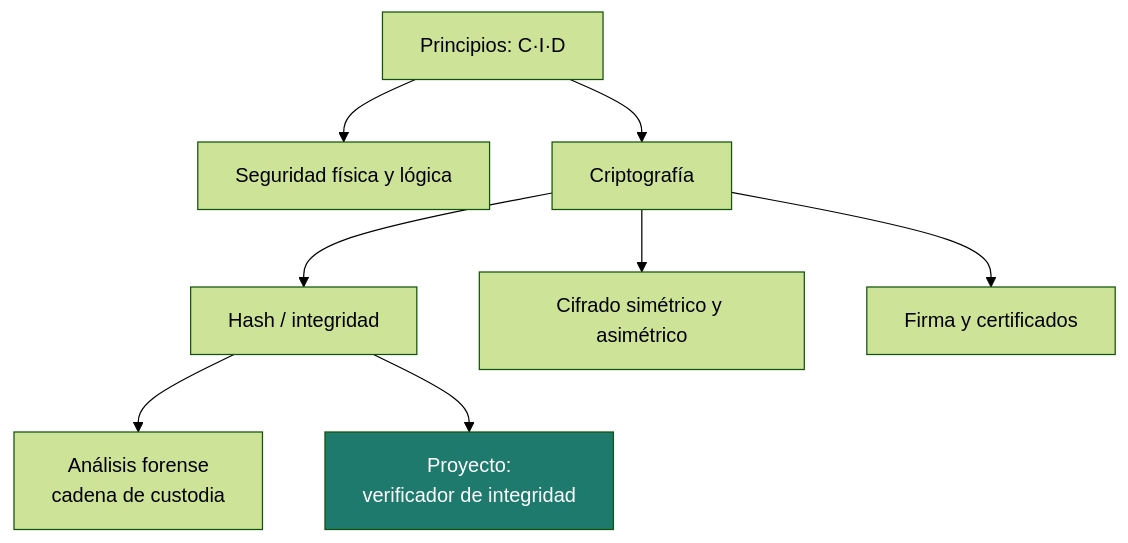
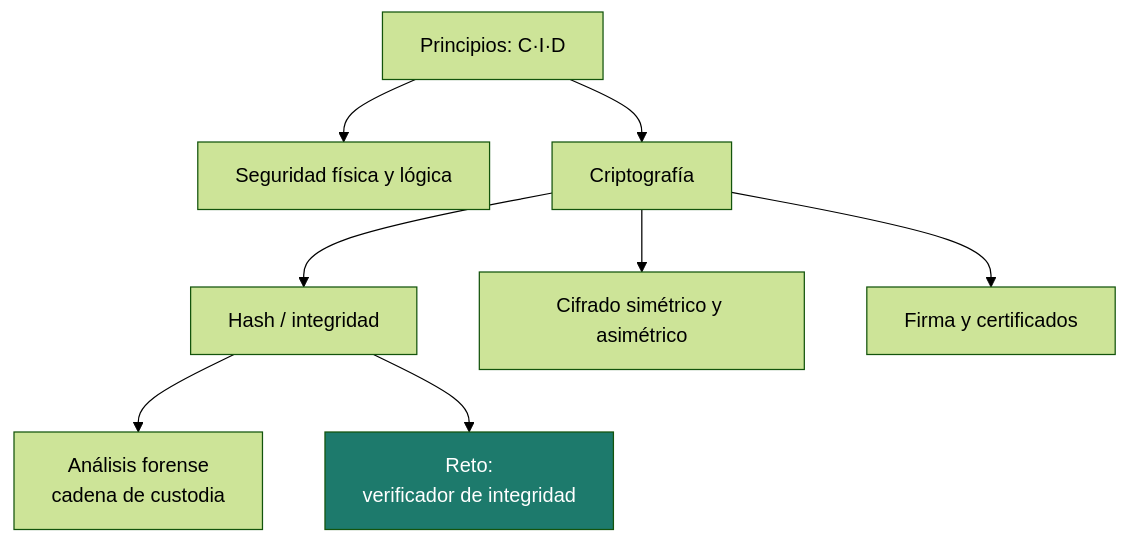
The first of 3 diagrams in docs/ud1/index.md (campusdevfp/cybersec2627), drawn with Mermaid (forest theme) before and after one commit. The commit also changed other lines of this file and 16 other files, not shown here.

````diff
--- a/docs/ud1/index.md
+++ b/docs/ud1/index.md
@@ -15,11 +15,11 @@
 ```mermaid
 flowchart TB
     A[Principios: C·I·D] --> B[Seguridad física y lógica]
     A --> C[Criptografía]
     C --> C1[Hash / integridad]
     C --> C2[Cifrado simétrico y asimétrico]
     C --> C3[Firma y certificados]
     C1 --> D[Análisis forense<br/>cadena de custodia]
-    C1 --> P[Proyecto:<br/>verificador de integridad]
+    C1 --> P[Reto:<br/>verificador de integridad]
     style P fill:#1d7a6c,color:#fff
 ```
````
